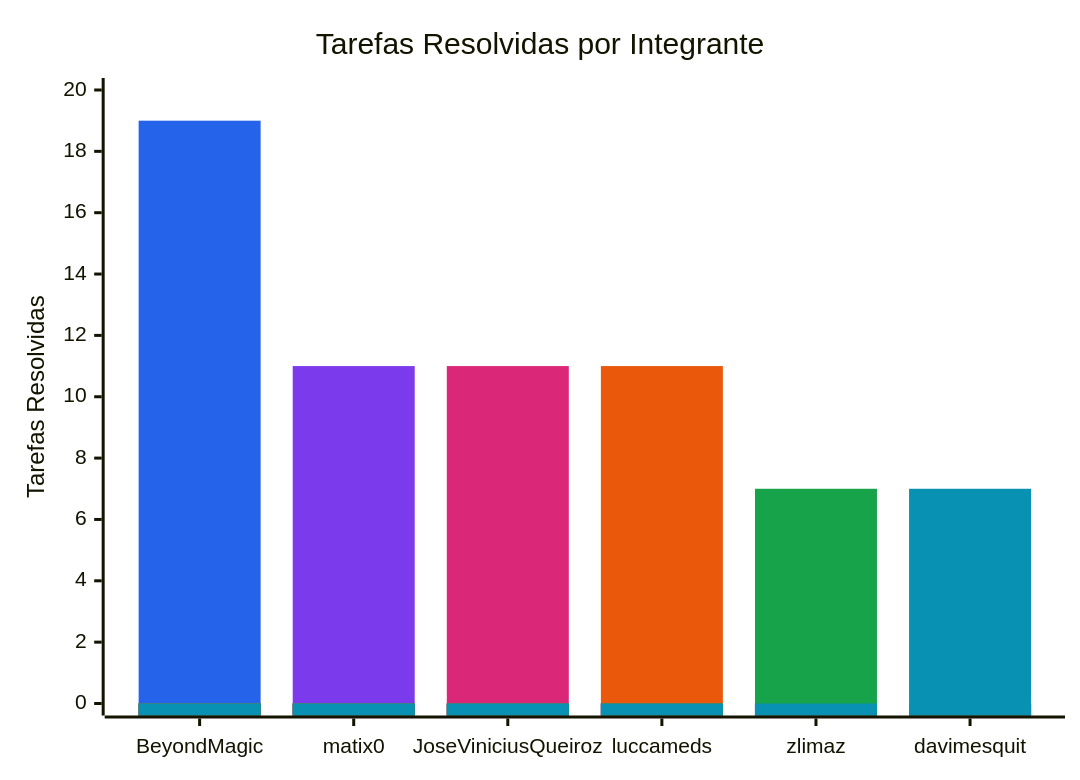
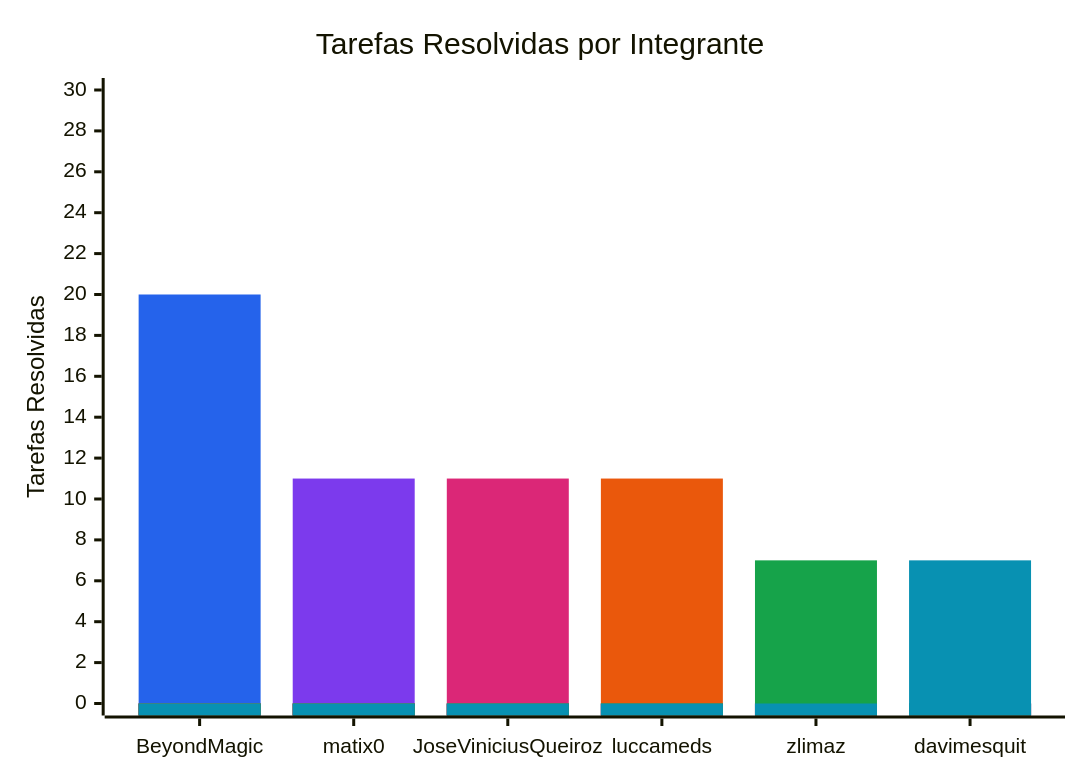
One commit to FCTE-Qualidade-de-Software-1/2026-2_T01_FRANS_BILAS changed the diagram in documentation/snippets/management/resolved-issues.mmd. Above: the diagram before and after it, drawn with Mermaid. The commit also changed 5 other files, not shown here.

```diff
--- a/documentation/snippets/management/resolved-issues.mmd
+++ b/documentation/snippets/management/resolved-issues.mmd
@@ -1,11 +1,11 @@
 %%{init: {"themeVariables": {"xyChart": {"plotColorPalette": "#2563eb, #7c3aed, #db2777, #ea580c, #16a34a, #0891b2"}}}}%%
 xychart-beta
     title "Tarefas Resolvidas por Integrante"
     x-axis ["BeyondMagic", "matix0", "JoseViniciusQueiroz", "luccameds", "zlimaz", "davimesquit"]
-    y-axis "Tarefas Resolvidas" 0 --> 20
-    bar [19, 0, 0, 0, 0, 0]
+    y-axis "Tarefas Resolvidas" 0 --> 30
+    bar [20, 0, 0, 0, 0, 0]
     bar [0, 11, 0, 0, 0, 0]
     bar [0, 0, 11, 0, 0, 0]
     bar [0, 0, 0, 11, 0, 0]
     bar [0, 0, 0, 0, 7, 0]
     bar [0, 0, 0, 0, 0, 7]
```
